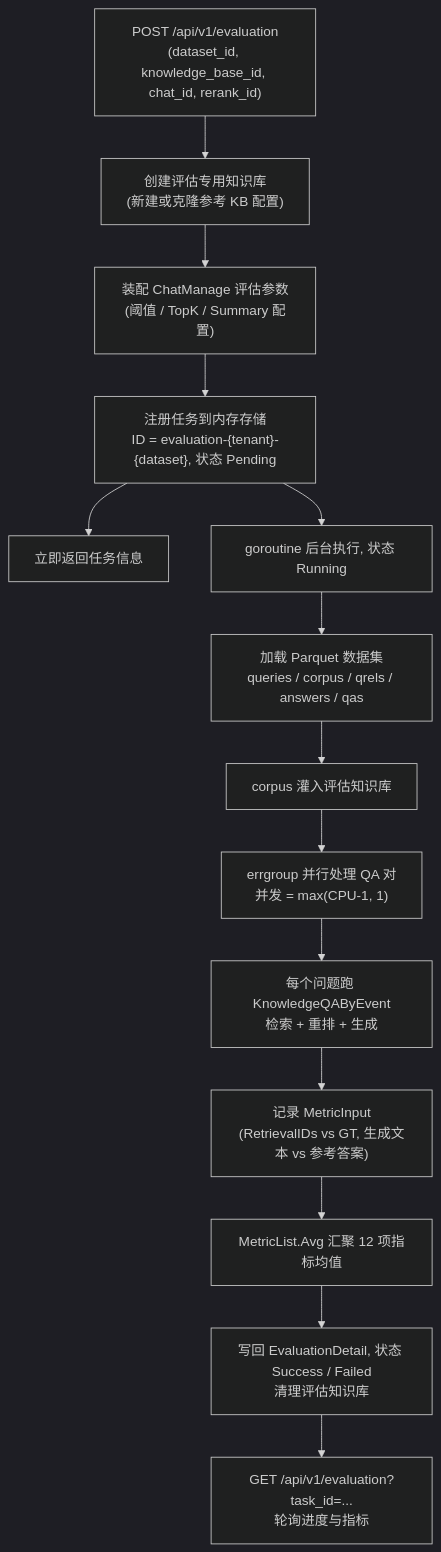
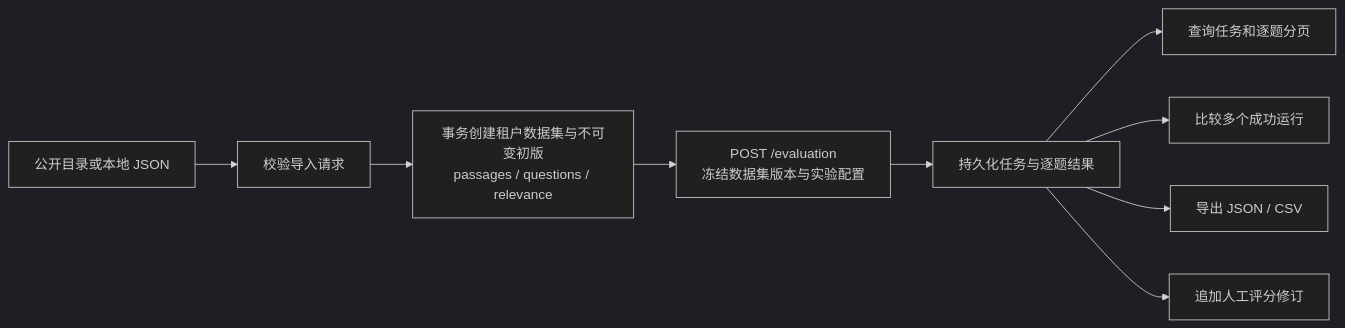
Before and after one commit to Tencent/WeKnora: the diagram in website-docs/03-features/15-evaluation.md, drawn with Mermaid (dark theme). The commit also changed other lines of this file and 632 other files, not shown here.

````diff
--- a/website-docs/03-features/15-evaluation.md
+++ b/website-docs/03-features/15-evaluation.md
@@ -258,16 +17,11 @@
 ```mermaid
-flowchart TD
-    A["POST /api/v1/evaluation<br/>(dataset_id, knowledge_base_id, chat_id, rerank_id)"] --> B["创建评估专用知识库<br/>(新建或克隆参考 KB 配置)"]
-    B --> C["装配 ChatManage 评估参数<br/>(阈值 / TopK / Summary 配置)"]
-    C --> D["注册任务到内存存储<br/>ID = evaluation-{tenant}-{dataset}, 状态 Pending"]
-    D --> E["立即返回任务信息"]
-    D --> F["goroutine 后台执行, 状态 Running"]
-    F --> G["加载 Parquet 数据集<br/>queries / corpus / qrels / answers / qas"]
-    G --> H["corpus 灌入评估知识库"]
-    H --> I["errgroup 并行处理 QA 对<br/>并发 = max(CPU-1, 1)"]
-    I --> J["每个问题跑 KnowledgeQAByEvent<br/>检索 + 重排 + 生成"]
-    J --> K["记录 MetricInput<br/>(RetrievalIDs vs GT, 生成文本 vs 参考答案)"]
-    K --> L["MetricList.Avg 汇聚 12 项指标均值"]
-    L --> M["写回 EvaluationDetail, 状态 Success / Failed<br/>清理评估知识库"]
-    M --> N["GET /api/v1/evaluation?task_id=...<br/>轮询进度与指标"]
+flowchart LR
+    P["公开目录或本地 JSON"] --> A["校验导入请求"]
+    A --> B["事务创建租户数据集与不可变初版<br/>passages / questions / relevance"]
+    B --> C["POST /evaluation<br/>冻结数据集版本与实验配置"]
+    C --> D["持久化任务与逐题结果"]
+    D --> E["查询任务和逐题分页"]
+    D --> F["比较多个成功运行"]
+    D --> G["导出 JSON / CSV"]
+    D --> H["追加人工评分修订"]
 ```
````
